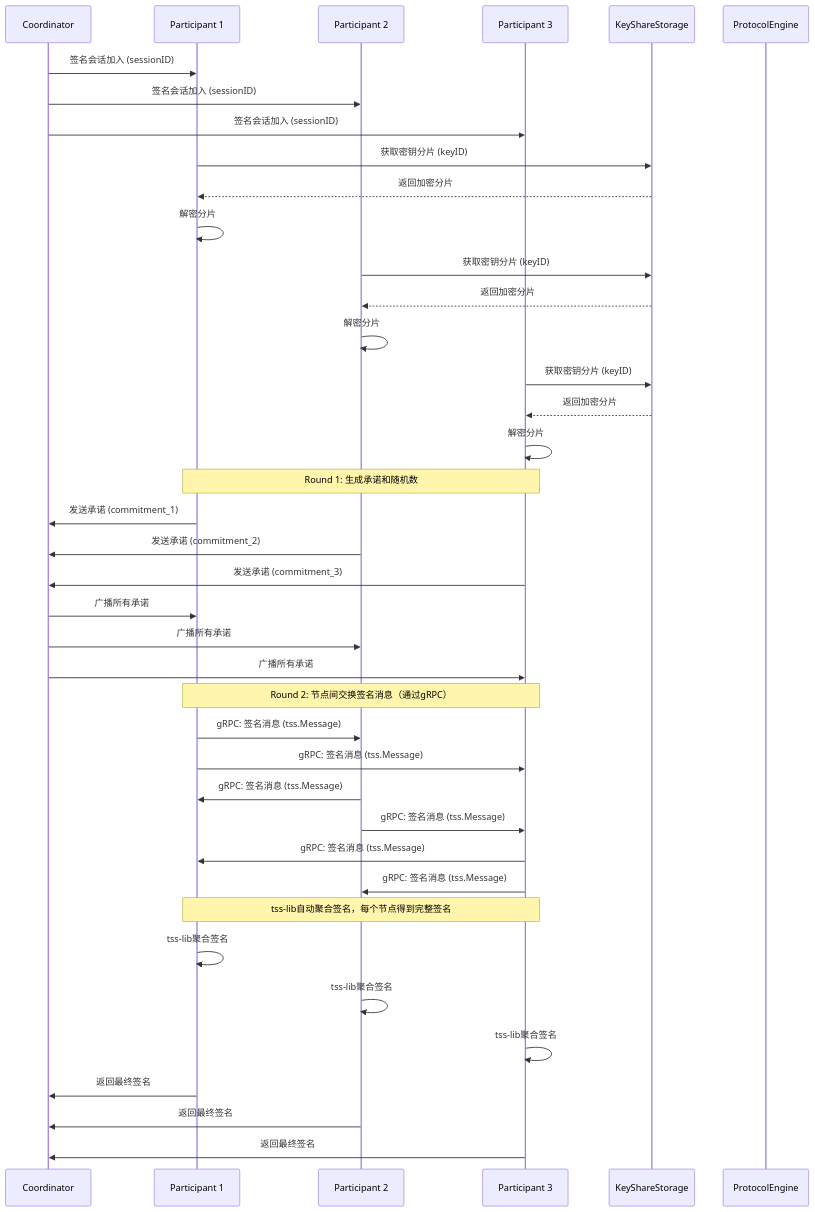
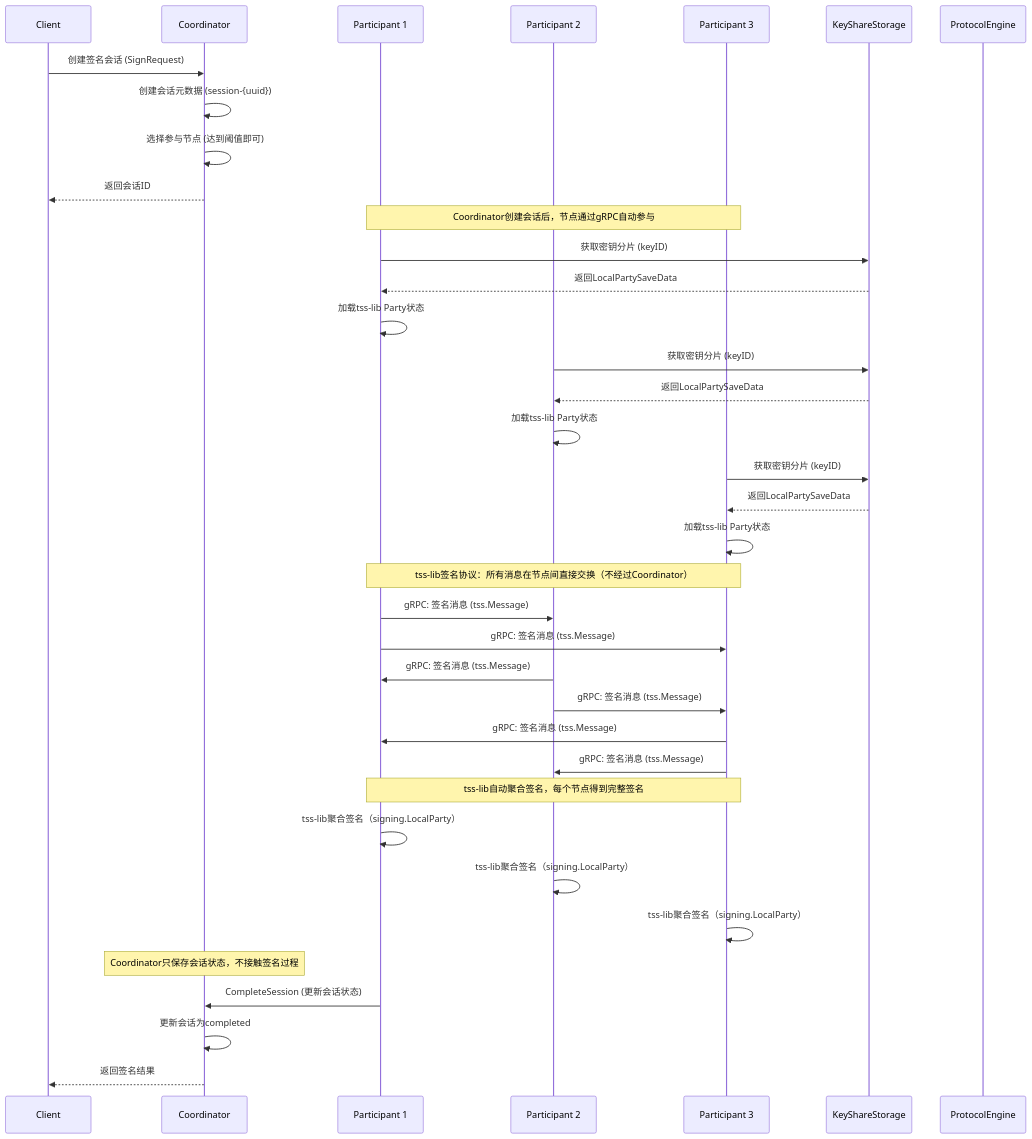
Before and after one commit to kashguard/go-mpc-wallet: the sixth of 26 diagrams in docs/mpc-detailed-design.md, drawn with Mermaid. The commit also changed other lines of this file, not shown here.

````diff
--- a/docs/mpc-detailed-design.md
+++ b/docs/mpc-detailed-design.md
@@ -623,54 +632,50 @@
 ```mermaid
 sequenceDiagram
+    participant Client
     participant Coordinator
     participant P1 as Participant 1
     participant P2 as Participant 2
     participant P3 as Participant 3
     participant Storage as KeyShareStorage
     participant Protocol as ProtocolEngine
 
-    Coordinator->>P1: 签名会话加入 (sessionID)
-    Coordinator->>P2: 签名会话加入 (sessionID)
-    Coordinator->>P3: 签名会话加入 (sessionID)
+    Client->>Coordinator: 创建签名会话 (SignRequest)
+    Coordinator->>Coordinator: 创建会话元数据 (session-{uuid})
+    Coordinator->>Coordinator: 选择参与节点 (达到阈值即可)
+    Coordinator-->>Client: 返回会话ID
+
+    Note over P1,P3: Coordinator创建会话后，节点通过gRPC自动参与
 
     P1->>Storage: 获取密钥分片 (keyID)
-    Storage-->>P1: 返回加密分片
-    P1->>P1: 解密分片
+    Storage-->>P1: 返回LocalPartySaveData
+    P1->>P1: 加载tss-lib Party状态
 
     P2->>Storage: 获取密钥分片 (keyID)
-    Storage-->>P2: 返回加密分片
-    P2->>P2: 解密分片
+    Storage-->>P2: 返回LocalPartySaveData
+    P2->>P2: 加载tss-lib Party状态
 
     P3->>Storage: 获取密钥分片 (keyID)
-    Storage-->>P3: 返回加密分片
-    P3->>P3: 解密分片
+    Storage-->>P3: 返回LocalPartySaveData
+    P3->>P3: 加载tss-lib Party状态
 
-    Note over P1,P3: Round 1: 生成承诺和随机数
-
-    P1->>Coordinator: 发送承诺 (commitment_1)
-    P2->>Coordinator: 发送承诺 (commitment_2)
-    P3->>Coordinator: 发送承诺 (commitment_3)
-
-    Coordinator->>P1: 广播所有承诺
-    Coordinator->>P2: 广播所有承诺
-    Coordinator->>P3: 广播所有承诺
-
-    Note over P1,P3: Round 2: 节点间交换签名消息（通过gRPC）
+    Note over P1,P3: tss-lib签名协议：所有消息在节点间直接交换（不经过Coordinator）
 
     P1->>P2: gRPC: 签名消息 (tss.Message)
     P1->>P3: gRPC: 签名消息 (tss.Message)
     P2->>P1: gRPC: 签名消息 (tss.Message)
     P2->>P3: gRPC: 签名消息 (tss.Message)
     P3->>P1: gRPC: 签名消息 (tss.Message)
     P3->>P2: gRPC: 签名消息 (tss.Message)
 
     Note over P1,P3: tss-lib自动聚合签名，每个节点得到完整签名
 
-    P1->>P1: tss-lib聚合签名
-    P2->>P2: tss-lib聚合签名
-    P3->>P3: tss-lib聚合签名
+    P1->>P1: tss-lib聚合签名（signing.LocalParty）
+    P2->>P2: tss-lib聚合签名（signing.LocalParty）
+    P3->>P3: tss-lib聚合签名（signing.LocalParty）
 
-    P1->>Coordinator: 返回最终签名
-    P2->>Coordinator: 返回最终签名
-    P3->>Coordinator: 返回最终签名
+    Note over Coordinator: Coordinator只保存会话状态，不接触签名过程
+
+    P1->>Coordinator: CompleteSession (更新会话状态)
+    Coordinator->>Coordinator: 更新会话为completed
+    Coordinator-->>Client: 返回签名结果
 ```
````
